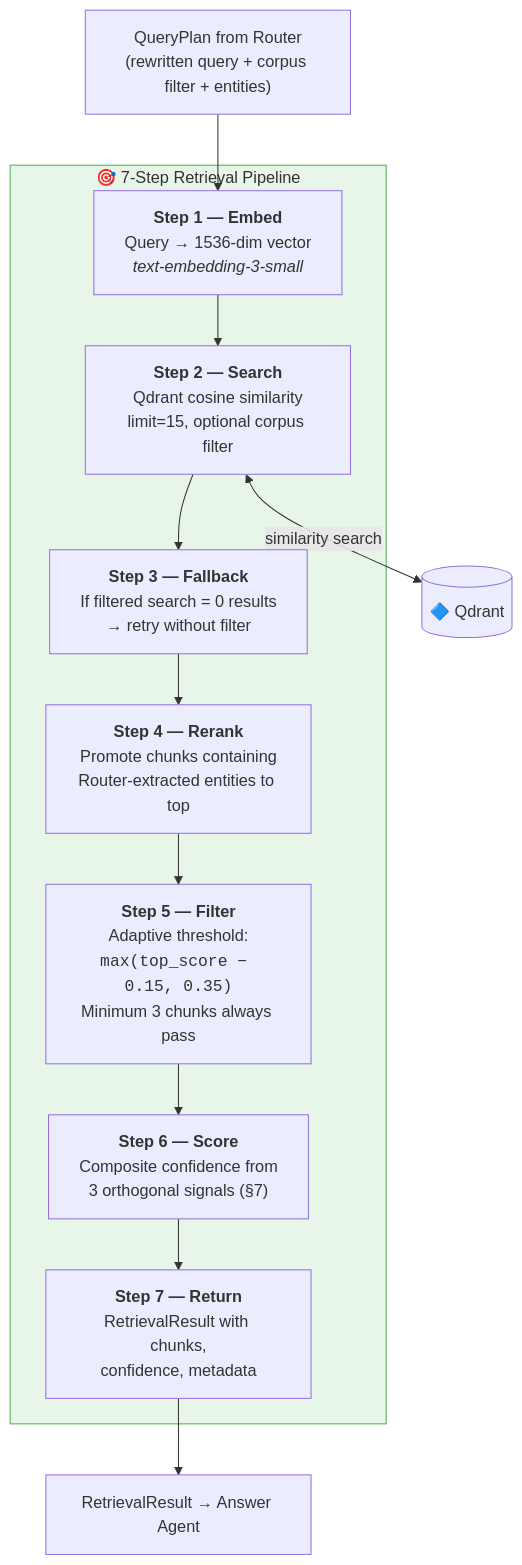
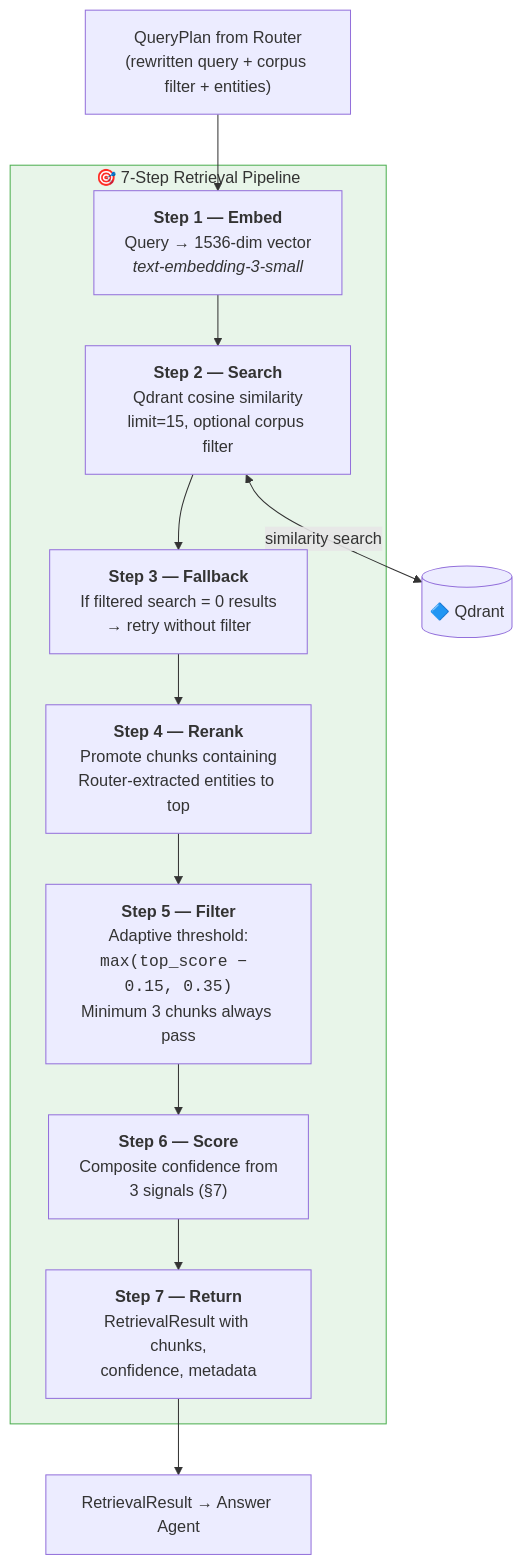
The fifth of 9 diagrams in README.md (uditauniyal/legal-mvp), drawn with Mermaid before and after one commit. The commit also changed other lines of this file and 10 other files, not shown here.

````diff
--- a/README.md
+++ b/README.md
@@ -272,22 +528,22 @@
 ```mermaid
 flowchart TD
     IN["QueryPlan from Router<br/>(rewritten query + corpus filter + entities)"]
 
     subgraph Pipeline["🎯 7-Step Retrieval Pipeline"]
         S1["<b>Step 1 — Embed</b><br/>Query → 1536-dim vector<br/><i>text-embedding-3-small</i>"]
         S2["<b>Step 2 — Search</b><br/>Qdrant cosine similarity<br/>limit=15, optional corpus filter"]
         S3["<b>Step 3 — Fallback</b><br/>If filtered search = 0 results<br/>→ retry without filter"]
         S4["<b>Step 4 — Rerank</b><br/>Promote chunks containing<br/>Router-extracted entities to top"]
         S5["<b>Step 5 — Filter</b><br/>Adaptive threshold:<br/><code>max(top_score − 0.15, 0.35)</code><br/>Minimum 3 chunks always pass"]
-        S6["<b>Step 6 — Score</b><br/>Composite confidence from<br/>3 orthogonal signals (§7)"]
+        S6["<b>Step 6 — Score</b><br/>Composite confidence from<br/>3 signals (§7)"]
         S7["<b>Step 7 — Return</b><br/>RetrievalResult with chunks,<br/>confidence, metadata"]
 
         S1 --> S2 --> S3 --> S4 --> S5 --> S6 --> S7
     end
 
     IN --> S1
     S7 --> OUT["RetrievalResult → Answer Agent"]
     S2 <-->|"similarity search"| QD[("🔷 Qdrant")]
 
     style Pipeline fill:#e8f5e9,stroke:#4CAF50
 ```
````
